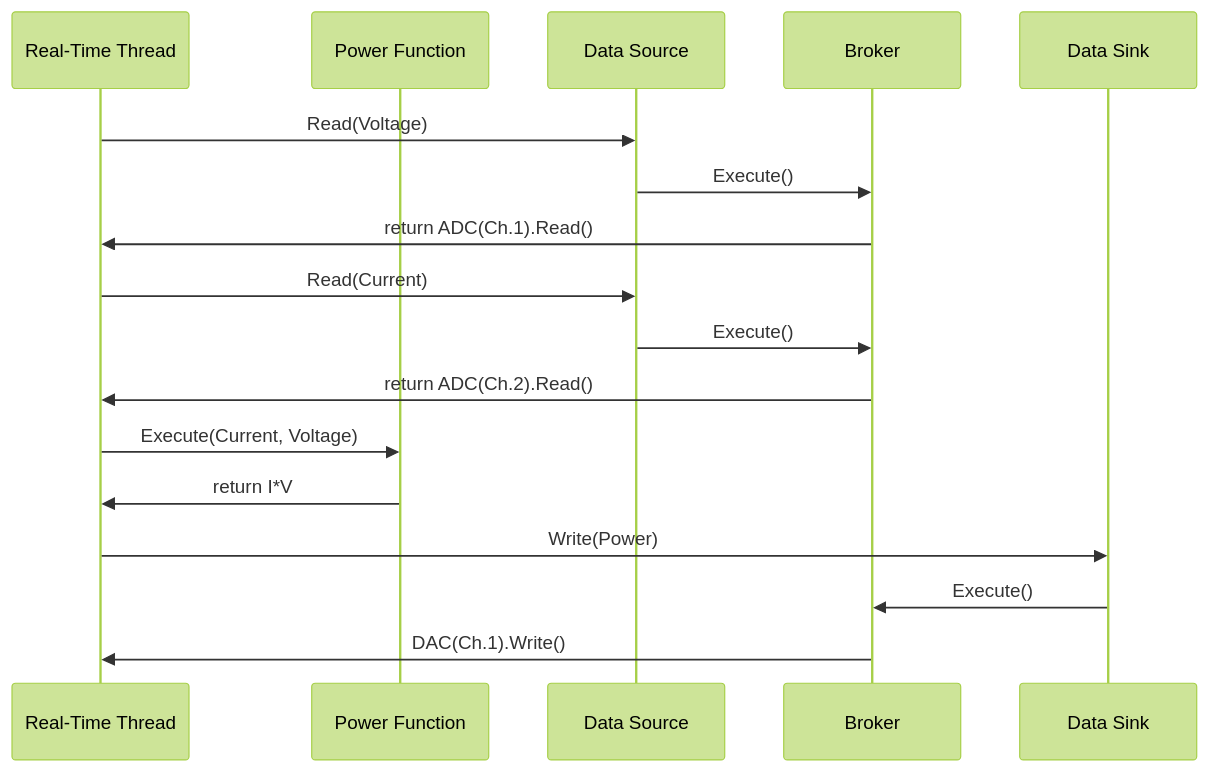
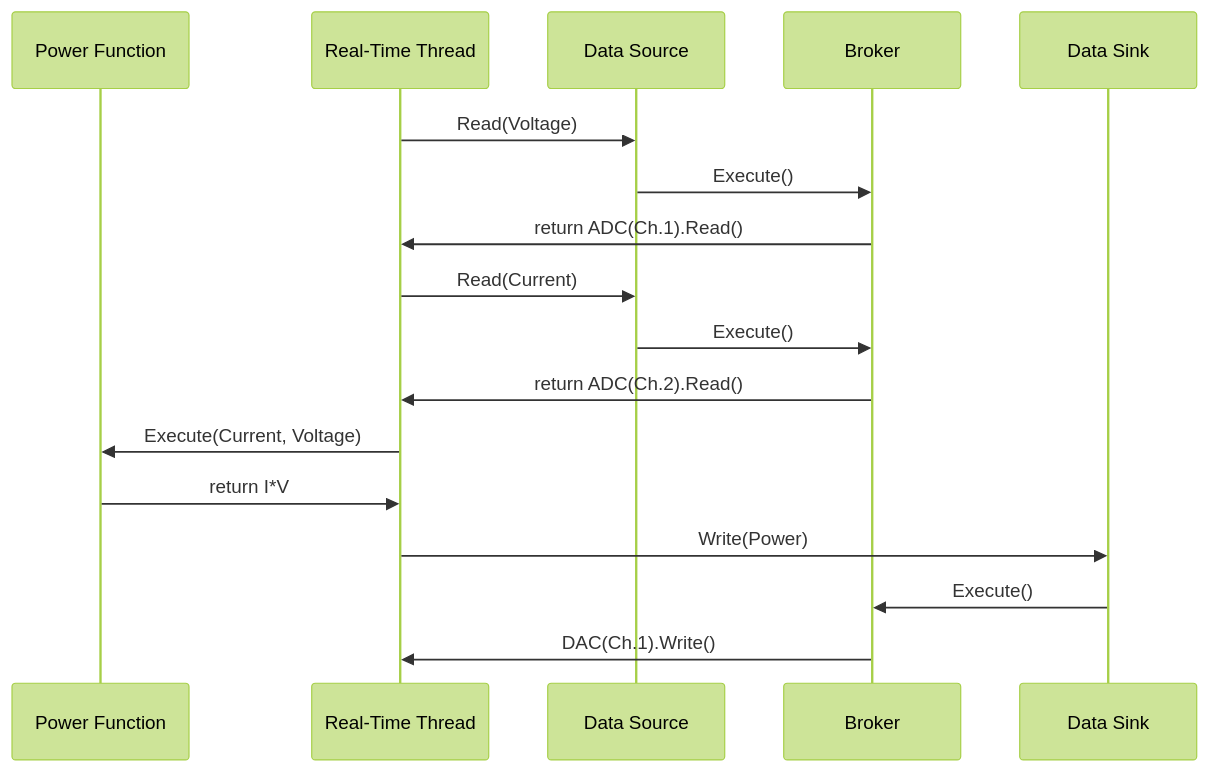
The diagram in README.md (AdamVStephen/MARTe2-doctools), drawn with Mermaid (forest theme) before and after one commit. The commit also changed other lines of this file, not shown here.

````diff
--- a/README.md
+++ b/README.md
@@ -26,19 +26,19 @@
 ```mermaid
 sequenceDiagram
+	participant P as Power Function
 	participant R as Real-Time Thread
-	participant P as Power Function
 	participant So as Data Source
 	participant B as Broker
 	participant Si as Data Sink
 		R->>So: Read(Voltage)
 		So->>B: Execute()
 		B->>R:  return ADC(Ch.1).Read()
 		R->>So: Read(Current)
 		So->>B: Execute()
 		B->>R:  return ADC(Ch.2).Read()
 	 	R->>P:  Execute(Current, Voltage)
 		P->>R:  return I*V	
 		R->>Si: Write(Power)
 		Si->>B: Execute()
 		B->>R:  DAC(Ch.1).Write()
 ```
````
